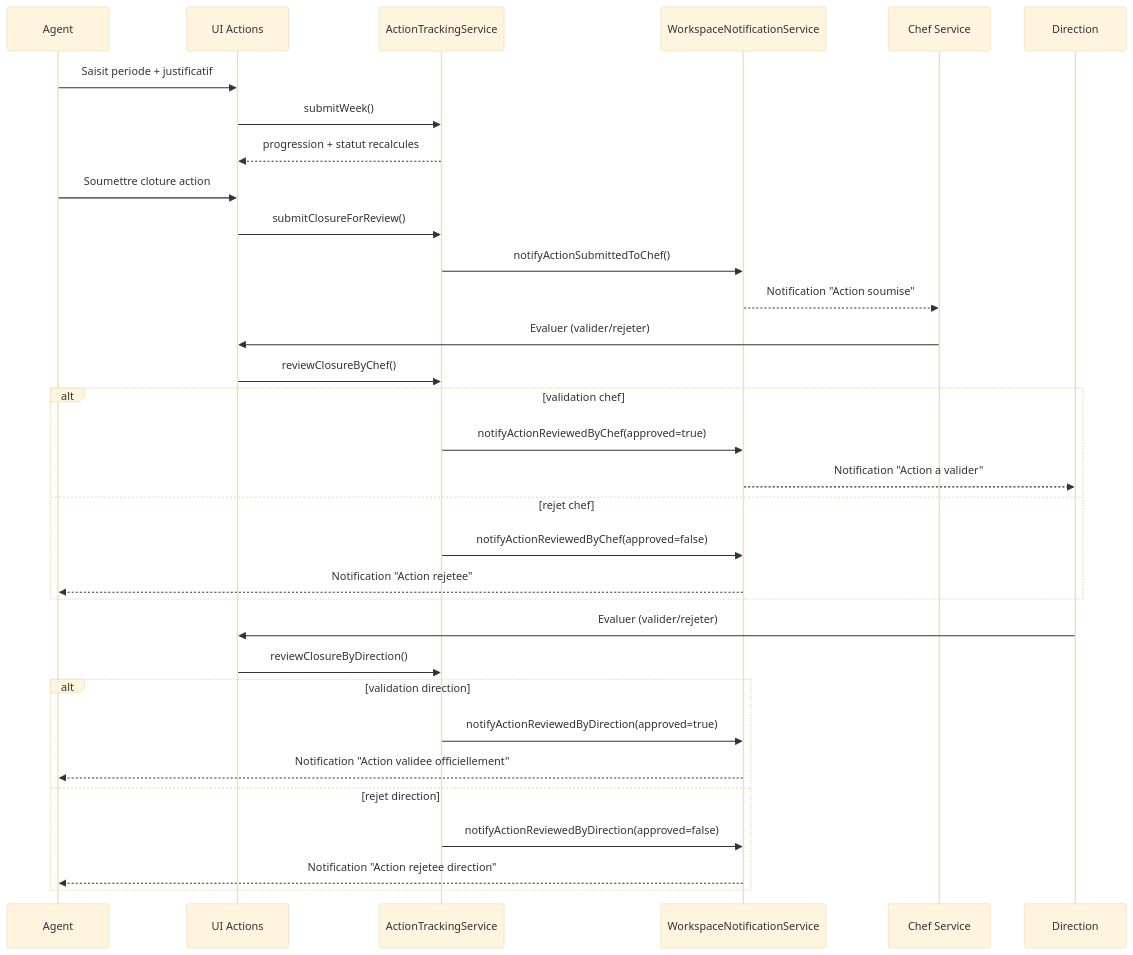
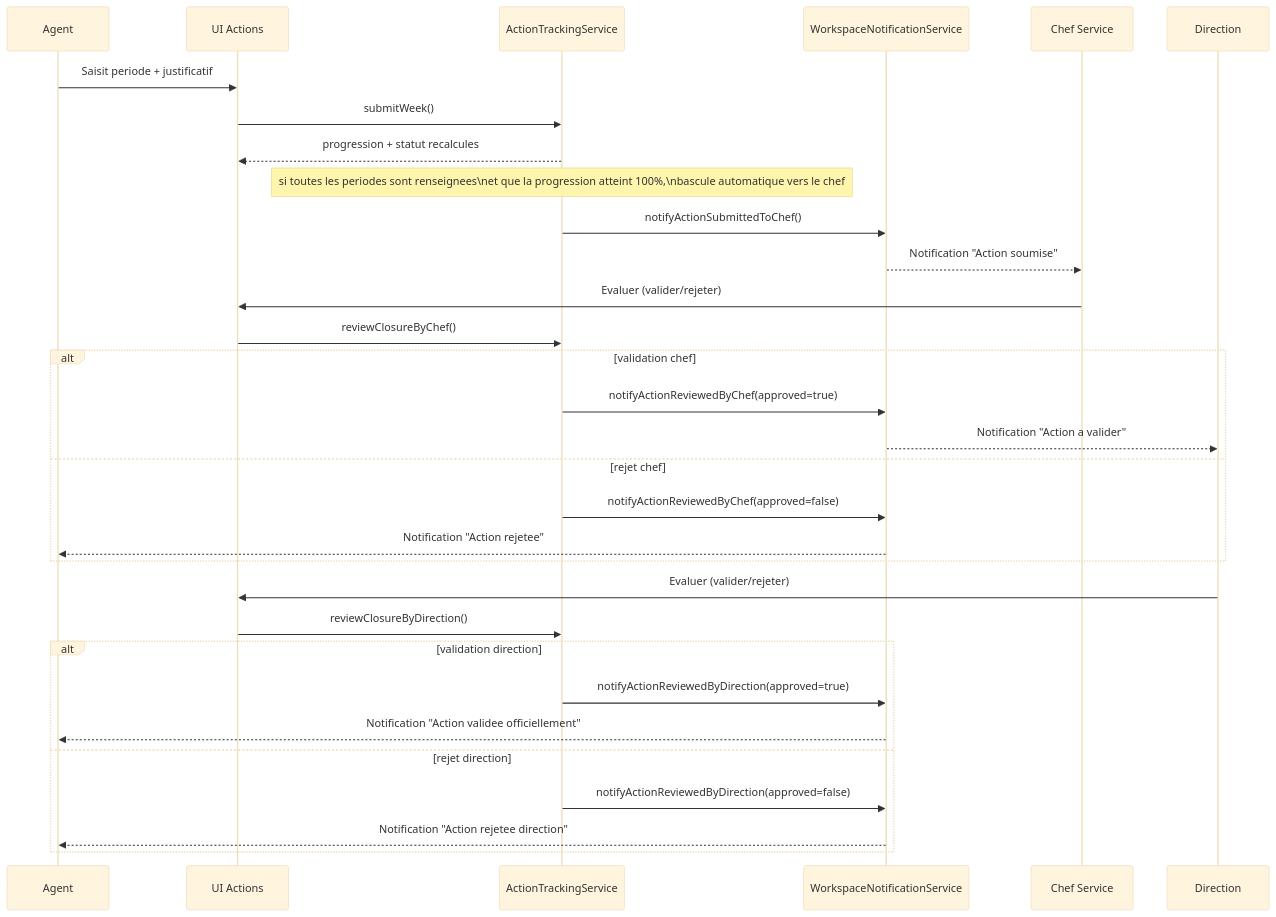
One commit to carlngomayilla/PAS changed the third of 4 diagrams in docs/dossier-projet-v1/04-uml.md. Above: the diagram before and after it, drawn with Mermaid (base theme). The commit also changed 113 other files, not shown here.

````diff
--- a/docs/dossier-projet-v1/04-uml.md
+++ b/docs/dossier-projet-v1/04-uml.md
@@ -233,38 +233,36 @@
 ```mermaid
 sequenceDiagram
     participant A as Agent
     participant UI as UI Actions
     participant S as ActionTrackingService
     participant N as WorkspaceNotificationService
     participant C as Chef Service
     participant D as Direction
 
     A->>UI: Saisit periode + justificatif
     UI->>S: submitWeek()
     S-->>UI: progression + statut recalcules
-
-    A->>UI: Soumettre cloture action
-    UI->>S: submitClosureForReview()
+    note over S: si toutes les periodes sont renseignees\net que la progression atteint 100%,\nbascule automatique vers le chef
     S->>N: notifyActionSubmittedToChef()
     N-->>C: Notification "Action soumise"
 
     C->>UI: Evaluer (valider/rejeter)
     UI->>S: reviewClosureByChef()
     alt validation chef
       S->>N: notifyActionReviewedByChef(approved=true)
       N-->>D: Notification "Action a valider"
     else rejet chef
       S->>N: notifyActionReviewedByChef(approved=false)
       N-->>A: Notification "Action rejetee"
     end
 
     D->>UI: Evaluer (valider/rejeter)
     UI->>S: reviewClosureByDirection()
     alt validation direction
       S->>N: notifyActionReviewedByDirection(approved=true)
       N-->>A: Notification "Action validee officiellement"
     else rejet direction
       S->>N: notifyActionReviewedByDirection(approved=false)
       N-->>A: Notification "Action rejetee direction"
     end
 ```
````
